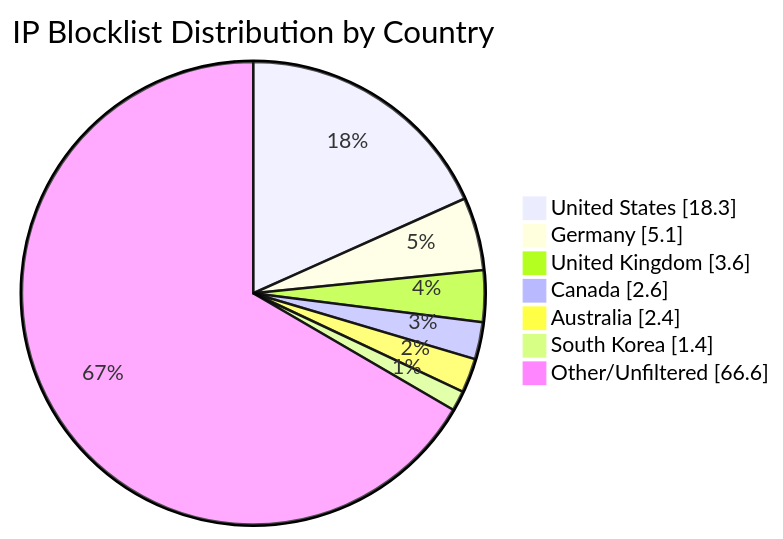
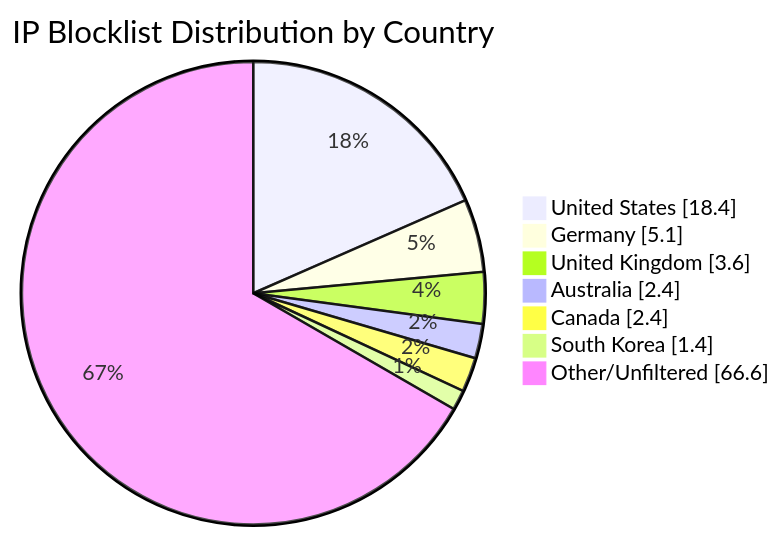
The diagram in README.md (MarcusHoltz/ipblocklist-geofiltered-aggregator), drawn with Mermaid before and after one commit. The commit also changed other lines of this file and 9 other files, not shown here.

````diff
--- a/README.md
+++ b/README.md
@@ -34,10 +34,10 @@
 ```mermaid
 pie showData title IP Blocklist Distribution by Country
-"United States" : 18.3
+"United States" : 18.4
 "Germany" : 5.1
 "United Kingdom" : 3.6
-"Canada" : 2.6
 "Australia" : 2.4
+"Canada" : 2.4
 "South Korea" : 1.4
 "Other/Unfiltered" : 66.6
 ```
````
